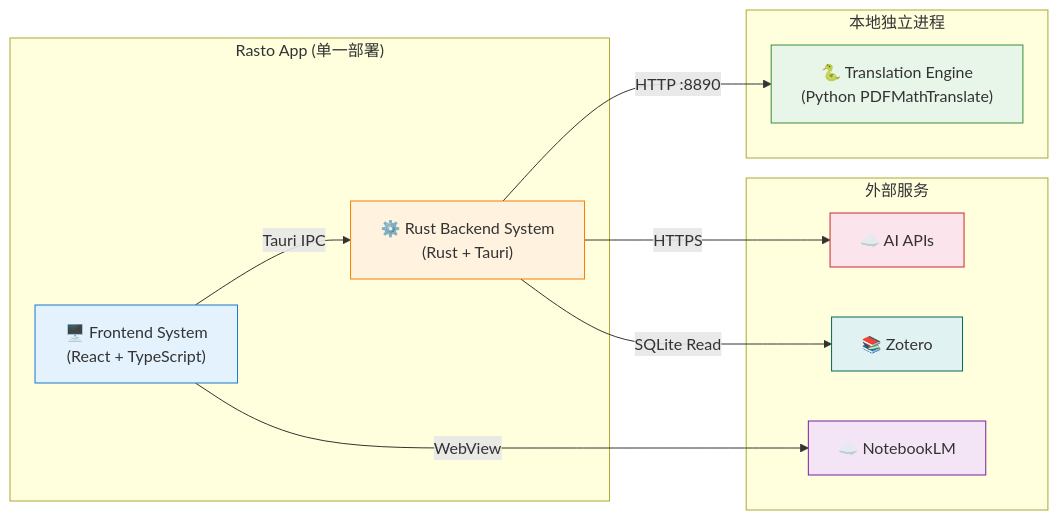
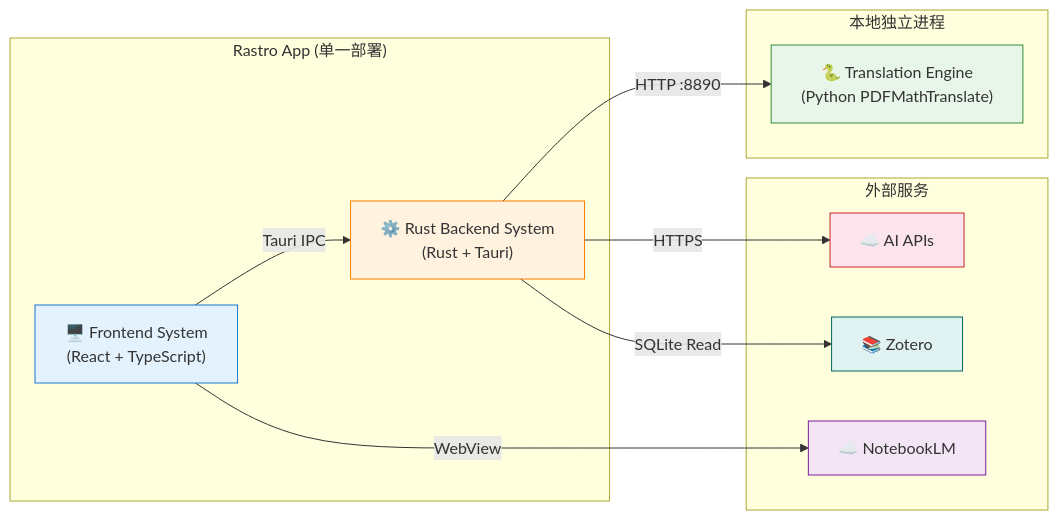
One commit to xkkabishou/rastro changed the second of 2 diagrams in genesis/v1/02_ARCHITECTURE_OVERVIEW.md. Above: the diagram before and after it, drawn with Mermaid. The commit also changed other lines of this file and 101 other files, not shown here.

````diff
--- a/genesis/v1/02_ARCHITECTURE_OVERVIEW.md
+++ b/genesis/v1/02_ARCHITECTURE_OVERVIEW.md
@@ -168,30 +168,30 @@
 ```mermaid
 graph LR
     FE["🖥️ Frontend System<br/>(React + TypeScript)"] -->|Tauri IPC| BE["⚙️ Rust Backend System<br/>(Rust + Tauri)"]
     BE -->|HTTP :8890| TE["🐍 Translation Engine<br/>(Python PDFMathTranslate)"]
     BE -->|HTTPS| AI["☁️ AI APIs"]
     FE -->|WebView| NLM["☁️ NotebookLM"]
     BE -->|SQLite Read| ZT["📚 Zotero"]
 
-    subgraph "Rasto App (单一部署)"
+    subgraph "Rastro App (单一部署)"
         FE
         BE
     end
 
     subgraph "本地独立进程"
         TE
     end
 
     subgraph "外部服务"
         AI
         NLM
         ZT
     end
 
     style FE fill:#e3f2fd,stroke:#1976d2
     style BE fill:#fff3e0,stroke:#f57c00
     style TE fill:#e8f5e9,stroke:#388e3c
     style AI fill:#fce4ec,stroke:#c62828
     style NLM fill:#f3e5f5,stroke:#7b1fa2
     style ZT fill:#e0f2f1,stroke:#00695c
 ```
````
